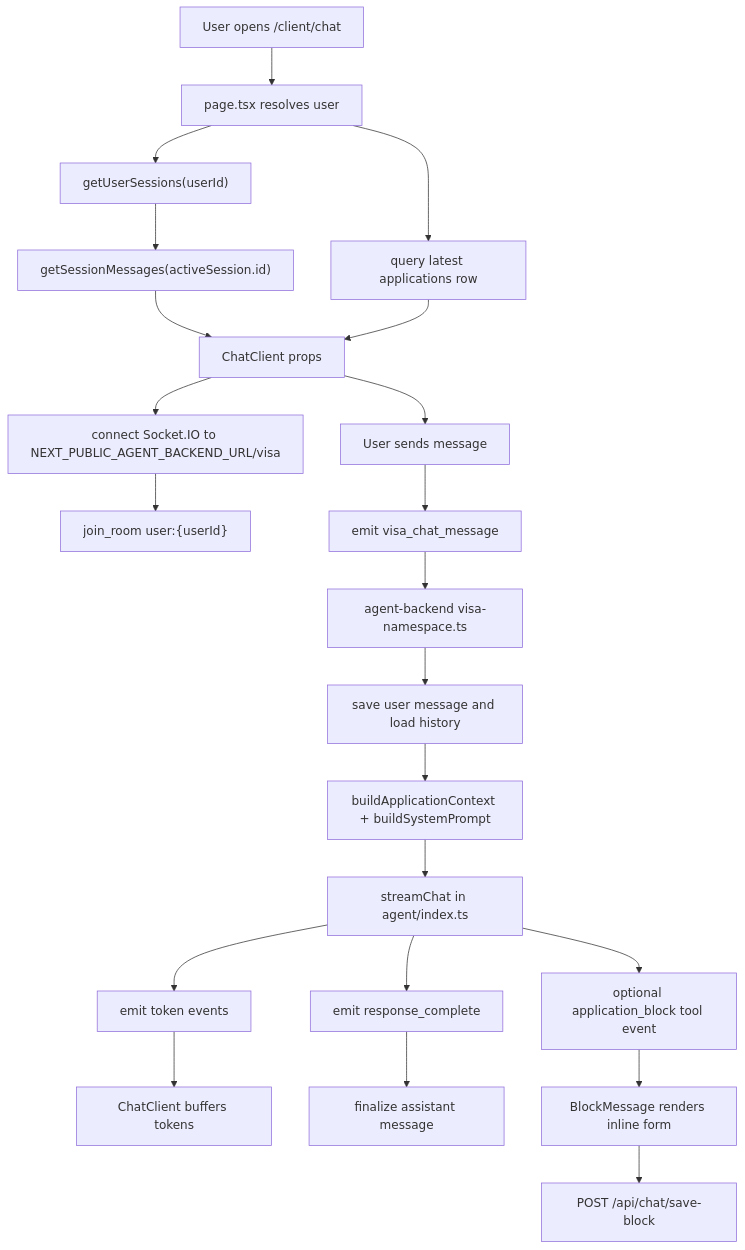
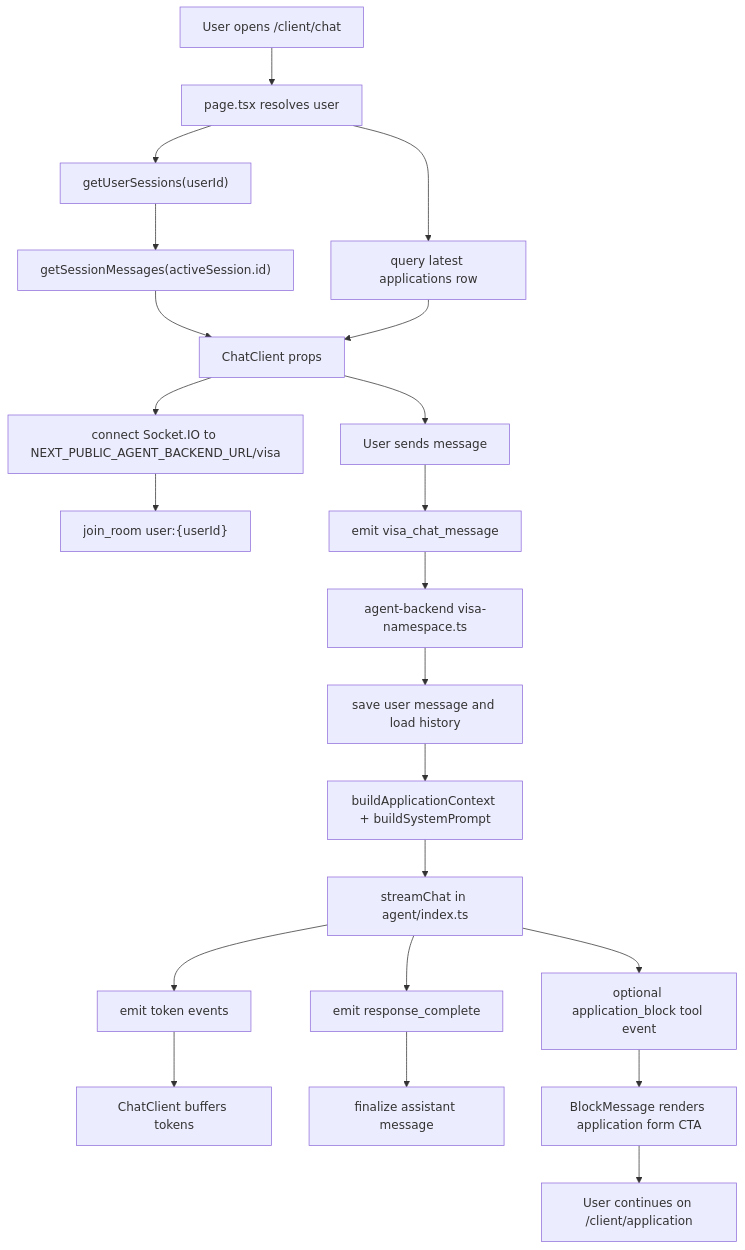
One commit to Nanan-Holdings/VIZA-monorepo changed the diagram in docs/viza-ai-chat-development-guide.md. Above: the diagram before and after it, drawn with Mermaid. The commit also changed other lines of this file and 10 other files, not shown here.

````diff
--- a/docs/viza-ai-chat-development-guide.md
+++ b/docs/viza-ai-chat-development-guide.md
@@ -50,24 +50,24 @@
 ```mermaid
 flowchart TD
   A["User opens /client/chat"] --> B["page.tsx resolves user"]
   B --> C["getUserSessions(userId)"]
   C --> C2["getSessionMessages(activeSession.id)"]
   B --> D["query latest applications row"]
   C2 --> E["ChatClient props"]
   D --> E
   E --> F["connect Socket.IO to NEXT_PUBLIC_AGENT_BACKEND_URL/visa"]
   F --> G["join_room user:{userId}"]
   E --> H["User sends message"]
   H --> I["emit visa_chat_message"]
   I --> J["agent-backend visa-namespace.ts"]
   J --> K["save user message and load history"]
   K --> L["buildApplicationContext + buildSystemPrompt"]
   L --> M["streamChat in agent/index.ts"]
   M --> N["emit token events"]
   M --> O["emit response_complete"]
   M --> P["optional application_block tool event"]
   N --> Q["ChatClient buffers tokens"]
   O --> R["finalize assistant message"]
-  P --> S["BlockMessage renders inline form"]
-  S --> T["POST /api/chat/save-block"]
+  P --> S["BlockMessage renders application form CTA"]
+  S --> T["User continues on /client/application"]
 ```
````
